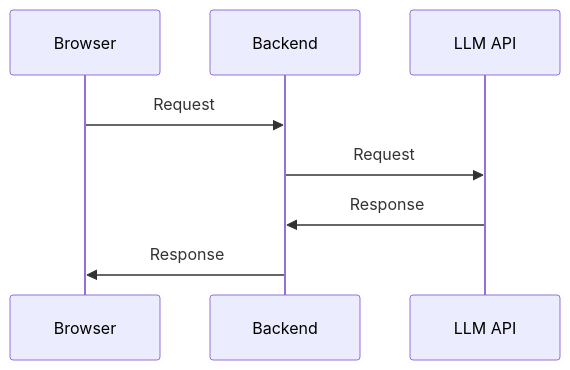
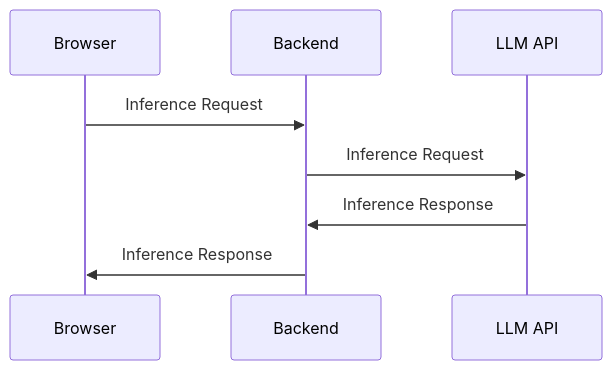
The first of 2 diagrams in _posts/2024-02-23-running-llms-in-the-browser.md (monarchwadia/blog-monarchwadia.com), drawn with Mermaid before and after one commit. The commit also changed other lines of this file, not shown here.

Commit message:
Updated mermaid

````diff
--- a/_posts/2024-02-23-running-llms-in-the-browser.md
+++ b/_posts/2024-02-23-running-llms-in-the-browser.md
@@ -20,7 +20,7 @@
 ```mermaid
 sequenceDiagram
-    Browser->>Backend: Request
-    Backend->>LLM API: Request
-    LLM API->>Backend: Response
-    Backend->>Browser: Response
+    Browser->>Backend: Inference Request
+    Backend->>LLM API: Inference Request
+    LLM API->>Backend: Inference Response
+    Backend->>Browser: Inference Response
 ```
````
